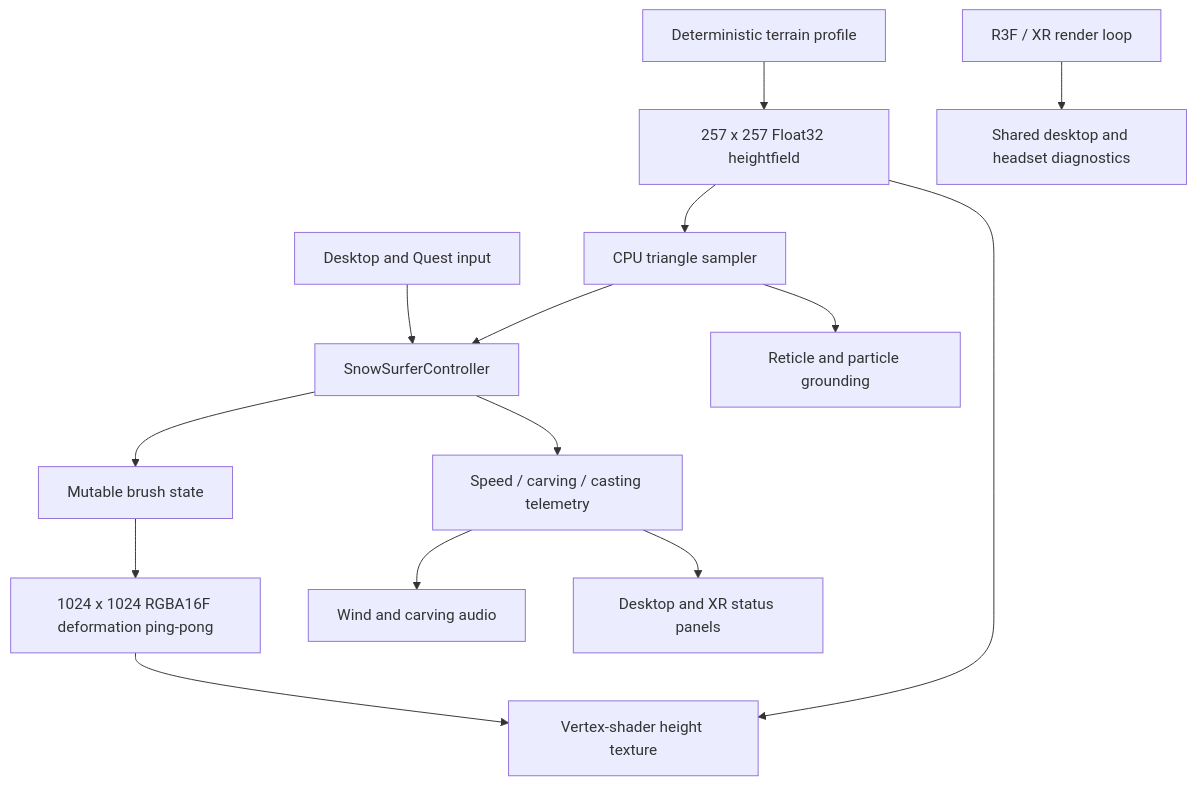
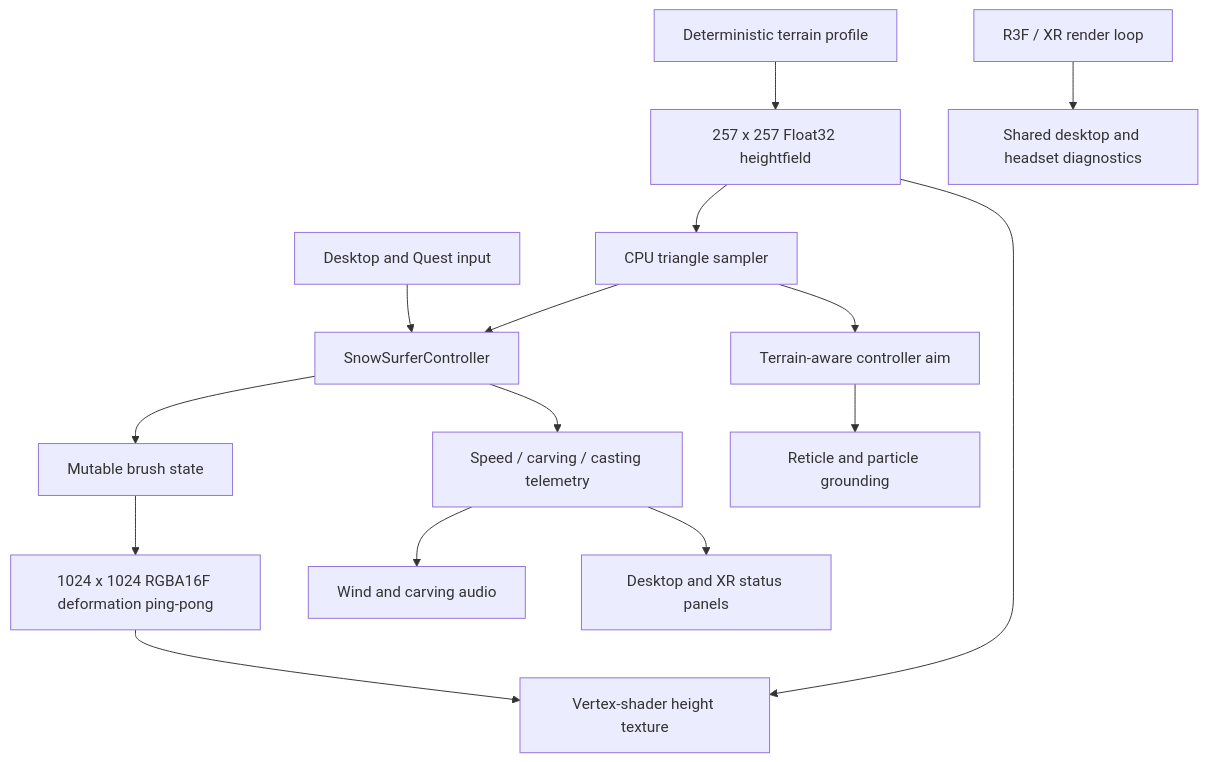
The diagram in docs/ARCHITECTURE.md (boxwrench/SnowVR), drawn with Mermaid before and after one commit. The commit also changed other lines of this file and 8 other files, not shown here.

Commit message:
fix(xr): restore effects and terrain-aware casting

````diff
--- a/docs/ARCHITECTURE.md
+++ b/docs/ARCHITECTURE.md
@@ -7,16 +7,17 @@
 ```mermaid
 flowchart TD
   Input[Desktop and Quest input] --> Rider[SnowSurferController]
   Rider --> Brush[Mutable brush state]
   Rider --> Telemetry[Speed / carving / casting telemetry]
   Profile[Deterministic terrain profile] --> Heightfield[257 x 257 Float32 heightfield]
   Heightfield --> CPU[CPU triangle sampler]
   Heightfield --> GPU[Vertex-shader height texture]
   CPU --> Rider
-  CPU --> Reticle[Reticle and particle grounding]
+  CPU --> Aim[Terrain-aware controller aim]
+  Aim --> Reticle[Reticle and particle grounding]
   Brush --> Deform[1024 x 1024 RGBA16F deformation ping-pong]
   Deform --> GPU
   Telemetry --> Audio[Wind and carving audio]
   Telemetry --> HUD[Desktop and XR status panels]
   RenderLoop[R3F / XR render loop] --> Diagnostics[Shared desktop and headset diagnostics]
 ```
````
